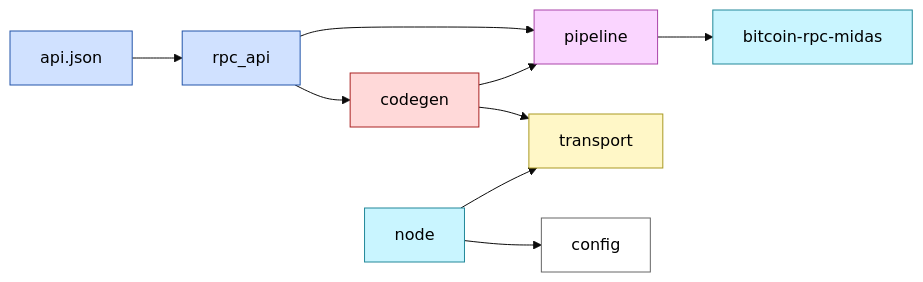
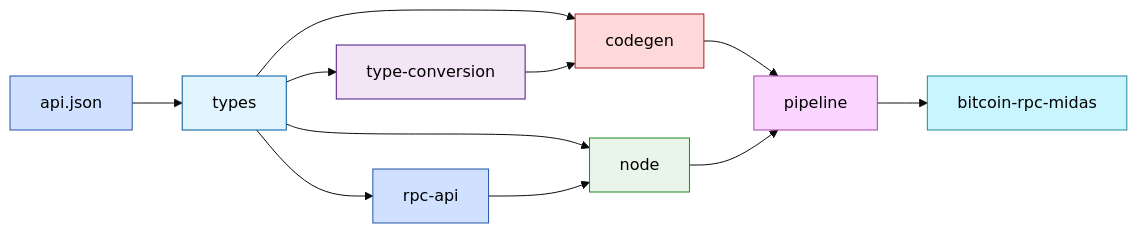
The diagram in docs/architecture.mmd (nervana21/bitcoin-rpc-codegen), drawn with Mermaid (base theme) before and after one commit.

```diff
--- a/docs/architecture.mmd
+++ b/docs/architecture.mmd
@@ -1,19 +1,22 @@
 flowchart LR
-  API_JSON["api.json"]:::api --> RPC_API["rpc_api"]:::api
-
-  RPC_API --> Codegen["codegen"]:::codegen
-  RPC_API --> Pipeline["pipeline"]:::pipeline
-  Codegen --> Pipeline
-  Codegen --> Transport["transport"]:::transport
+  API_JSON["api.json"]:::api --> Types["types"]:::core
+  
+  Types --> RPC_API["rpc-api"]:::api
+  Types --> TypeConversion["type-conversion"]:::registry
+  Types --> Codegen["codegen"]:::codegen
+  Types --> Node["node"]:::node
+  
+  TypeConversion --> Codegen
+  Codegen --> Pipeline["pipeline"]:::pipeline
   Pipeline --> Midas["bitcoin‑rpc‑midas"]:::midas
 
-  NodeMgr["node"]:::node --> Transport
-  NodeMgr --> Config["config"]:::config
+  RPC_API --> Node
+  Node --> Pipeline
 
   classDef api       fill:#d0e1ff,stroke:#2255aa,color:#000;
+  classDef core      fill:#e1f5fe,stroke:#01579b,color:#000;
+  classDef registry  fill:#f3e5f5,stroke:#4a148c,color:#000;
   classDef codegen   fill:#ffd9d9,stroke:#aa2222,color:#000;
-  classDef transport fill:#fff7c7,stroke:#aa9922,color:#000;
   classDef pipeline  fill:#fad5ff,stroke:#aa44aa,color:#000;
   classDef midas     fill:#c9f5ff,stroke:#228899,color:#000;
-  classDef node      fill:#c9f5ff,stroke:#228899,color:#000;
-  classDef config    fill:#ffffff,stroke:#666666,color:#000;
+  classDef node      fill:#e8f5e8,stroke:#228822,color:#000;
```
